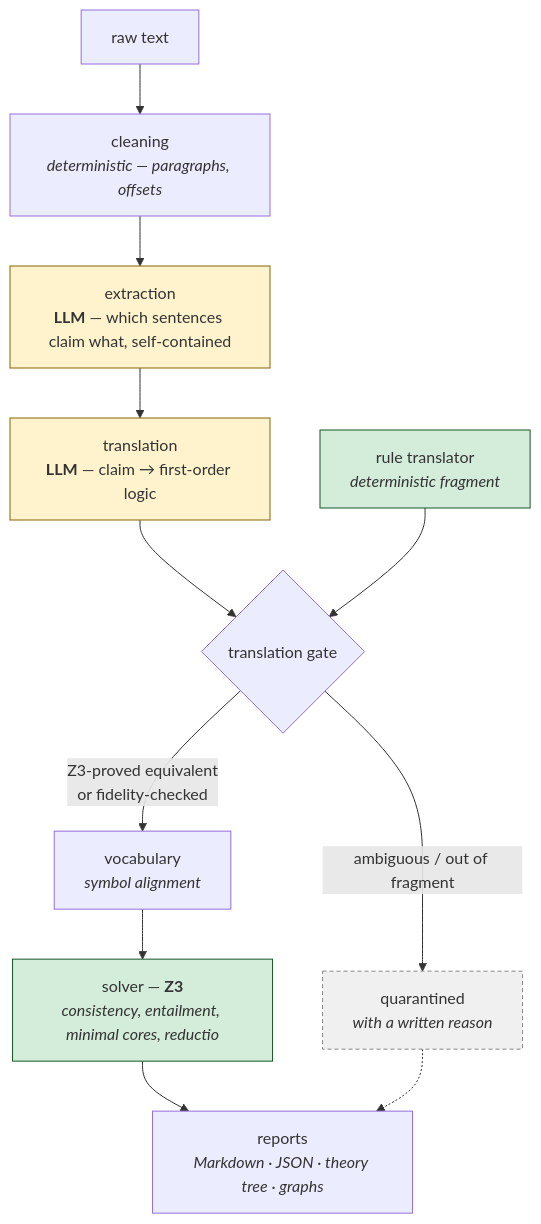
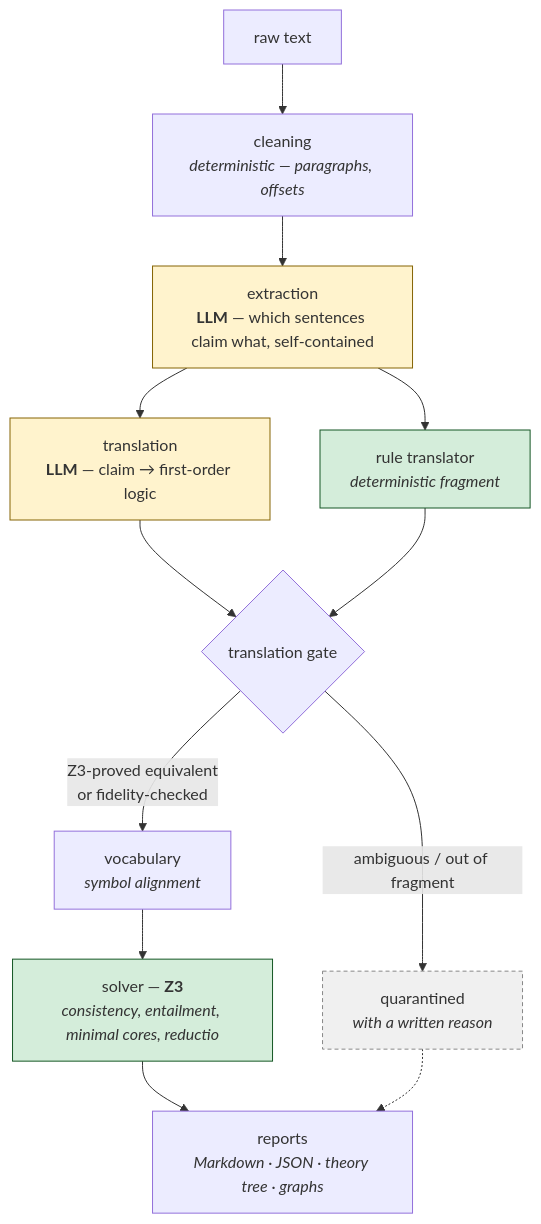
The diagram in README.md (ariamousavifar/consistency-checker), drawn with Mermaid before and after one commit.

Commit message:
docs(readme): show extraction feeding the rule translator as well as the LLM
The architecture diagram drew the rule translator as a node with no input, so it
appeared to materialise beside the gate. Both translators consume the same
extracted statements -- gate.py calls rule_translate() on the decontextualized
text before handing the LLM candidate alongside it -- and that fork is the point
of the design: two independent readings of one statement, which Z3 then checks
against each other. The missing edge hid exactly the thing the picture exists to
show.

````diff
--- a/README.md
+++ b/README.md
@@ -116,19 +116,20 @@
 ```mermaid
 flowchart TD
     A[raw text] --> B[cleaning<br/><i>deterministic — paragraphs, offsets</i>]
     B --> C[extraction<br/><b>LLM</b> — which sentences claim what, self-contained]
     C --> D[translation<br/><b>LLM</b> — claim → first-order logic]
+    C --> R[rule translator<br/><i>deterministic fragment</i>]
     D --> E{translation gate}
-    R[rule translator<br/><i>deterministic fragment</i>] --> E
+    R --> E
     E -->|Z3-proved equivalent<br/>or fidelity-checked| F[vocabulary<br/><i>symbol alignment</i>]
     E -->|ambiguous / out of fragment| Q[quarantined<br/><i>with a written reason</i>]
     F --> G[solver — <b>Z3</b><br/><i>consistency, entailment, minimal cores, reductio</i>]
     G --> H[reports<br/><i>Markdown · JSON · theory tree · graphs</i>]
     Q -.-> H
 
     style C fill:#fff3cd,stroke:#856404
     style D fill:#fff3cd,stroke:#856404
     style R fill:#d4edda,stroke:#155724
     style G fill:#d4edda,stroke:#155724
     style Q fill:#f0f0f0,stroke:#888,stroke-dasharray: 4 3
 ```
````
